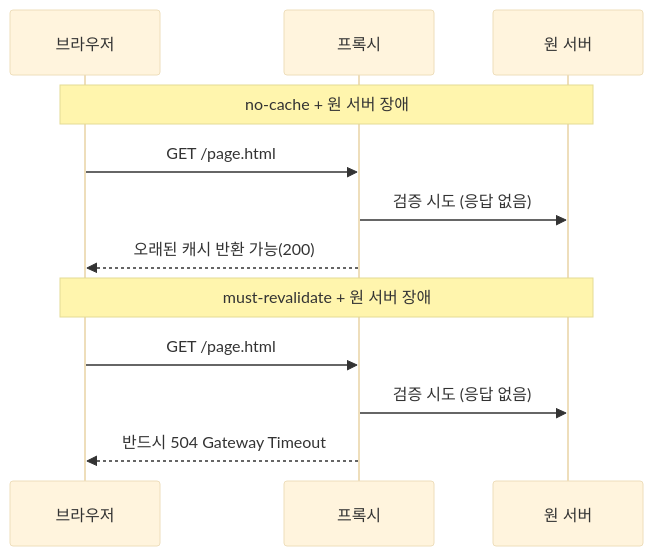
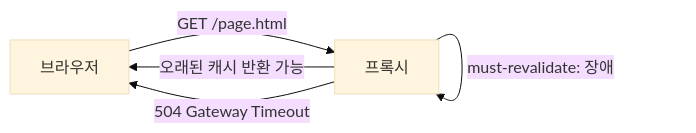
Before and after one commit to yjkim2015/yjkim2015.github.io: the second of 6 diagrams in _posts/http/2021-04-25-http-11.md, drawn with Mermaid (base theme). The commit also changed other lines of this file and 9 other files, not shown here.

````diff
--- a/_posts/http/2021-04-25-http-11.md
+++ b/_posts/http/2021-04-25-http-11.md
@@ -111,14 +111,8 @@
 ```mermaid
-sequenceDiagram
-    participant C as 브라우저
-    participant P as 프록시
-    participant S as 원 서버
-    Note over C,S: no-cache + 원 서버 장애
-    C->>P: GET /page.html
-    P->>S: 검증 시도 (응답 없음)
-    P-->>C: 오래된 캐시 반환 가능(200)
-    Note over C,S: must-revalidate + 원 서버 장애
-    C->>P: GET /page.html
-    P->>S: 검증 시도 (응답 없음)
-    P-->>C: 반드시 504 Gateway Timeout
+graph LR
+    C["브라우저"] -->|"GET /page.html"| P["프록시"]
+    P -->|"no-cache: 원서버 장애"| P
+    P -->|"오래된 캐시 반환 가능"| C
+    P -->|"must-revalidate: 장애"| P
+    P -->|"504 Gateway Timeout"| C
 ```
````
